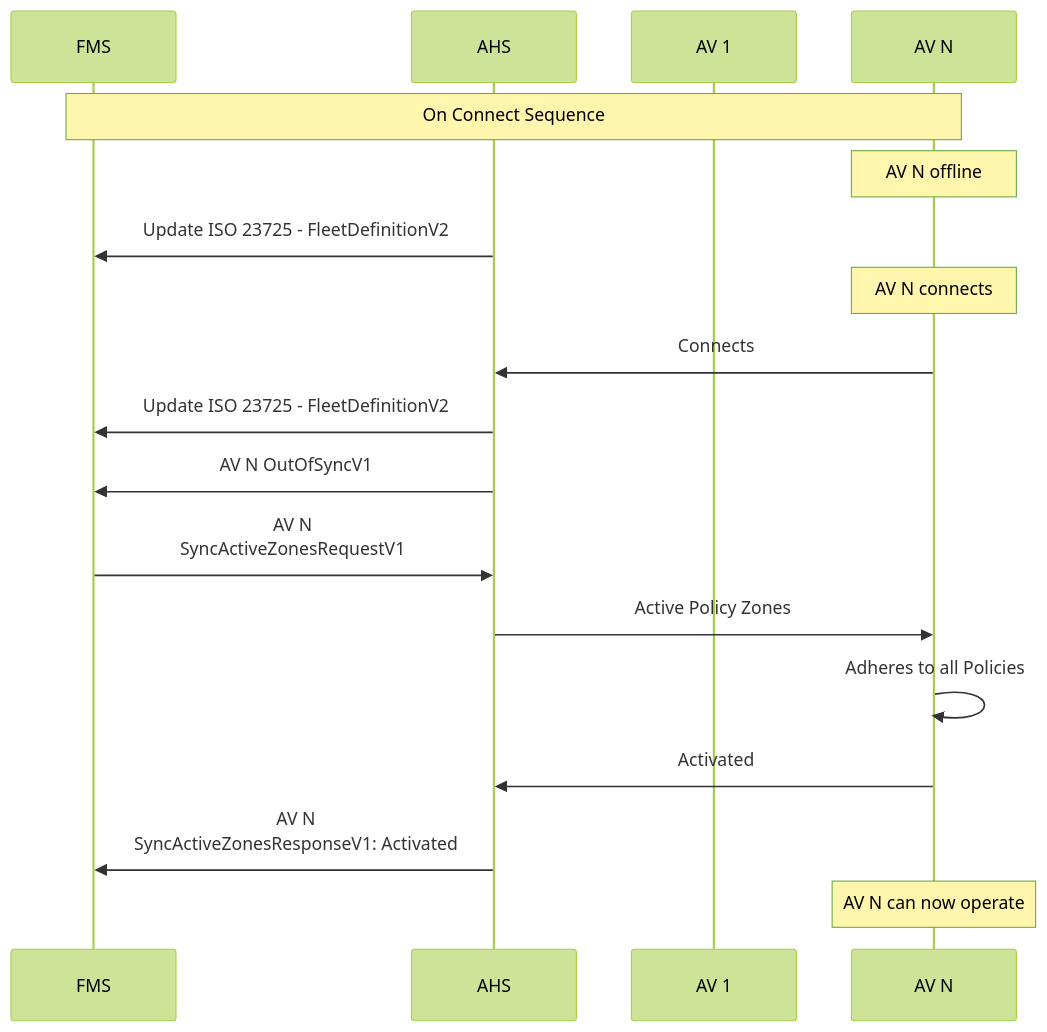
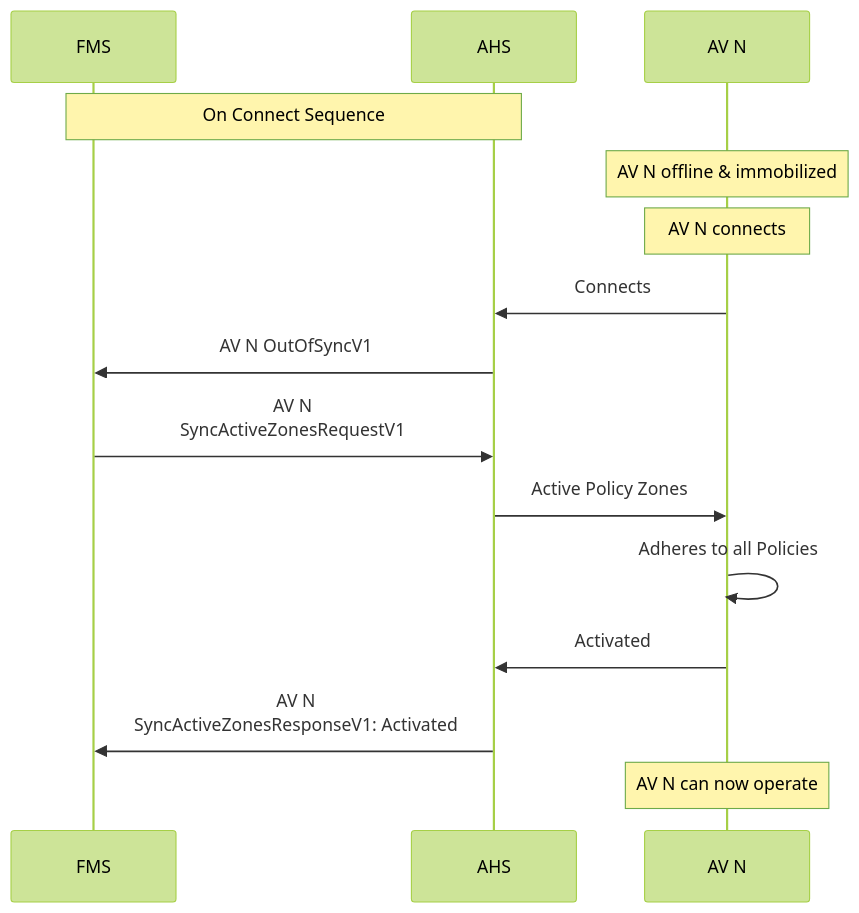
The first of 3 diagrams in diagram/Synchronisation.md (open-autonomy/zone), drawn with Mermaid (forest theme) before and after one commit. The commit also changed other lines of this file, not shown here.

Commit message:
Updated synchronization sequence diagrams

````diff
--- a/diagram/Synchronisation.md
+++ b/diagram/Synchronisation.md
@@ -11,27 +13,24 @@
 ```mermaid
 sequenceDiagram
     participant FMS
     participant AHS
-    participant AV 1
     participant AV N
 
-    Note over FMS,AV N: On Connect Sequence
-    Note over AV N: AV N offline
-    AHS->>FMS: Update ISO 23725 - FleetDefinitionV2
+    Note over FMS, AHS: On Connect Sequence
+    Note over AV N: AV N offline & immobilized
 
     Note Over AV N: AV N connects
 
     AV N->>AHS: Connects
-    AHS->>FMS: Update ISO 23725 - FleetDefinitionV2
 
     AHS->>FMS: AV N OutOfSyncV1
 
     FMS->>AHS: AV N <br/> SyncActiveZonesRequestV1
     AHS->>AV N: Active Policy Zones
     AV N->>AV N: Adheres to all Policies
     AV N->>AHS: Activated
 
     AHS->>FMS: AV N <br/> SyncActiveZonesResponseV1: Activated
 
     Note Over AV N: AV N can now operate
 ```
````
